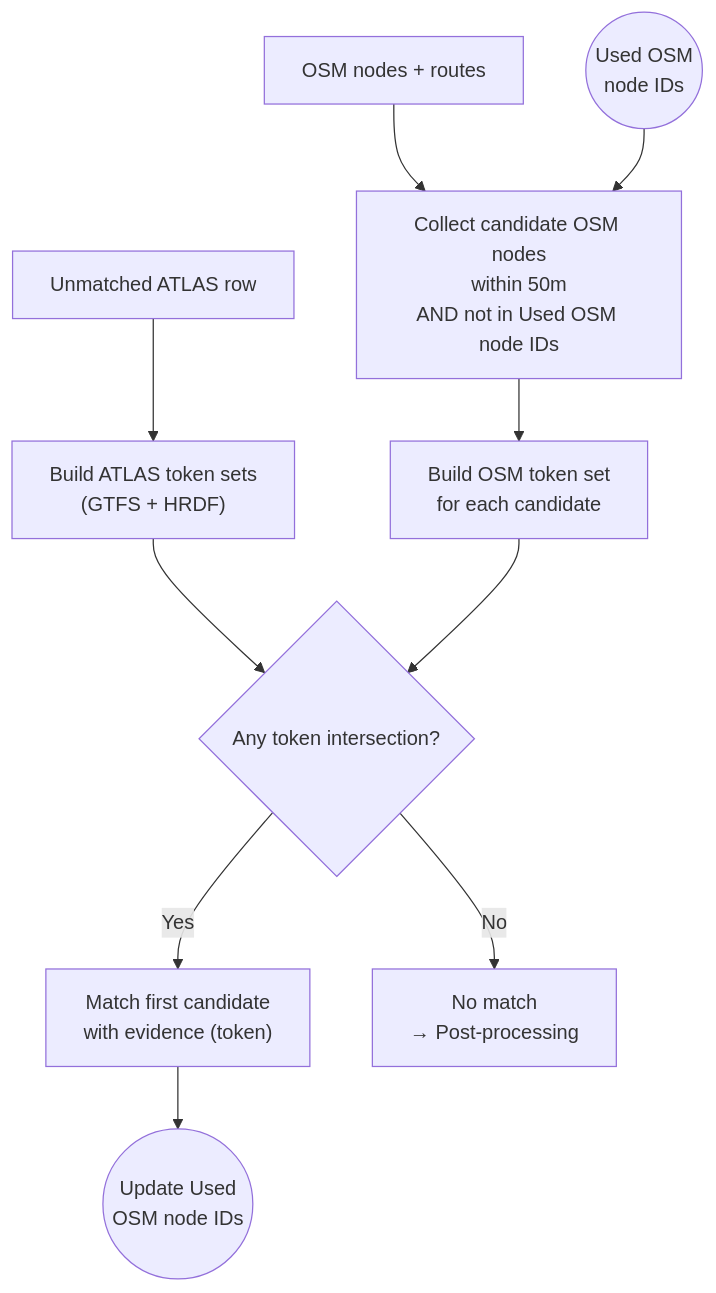
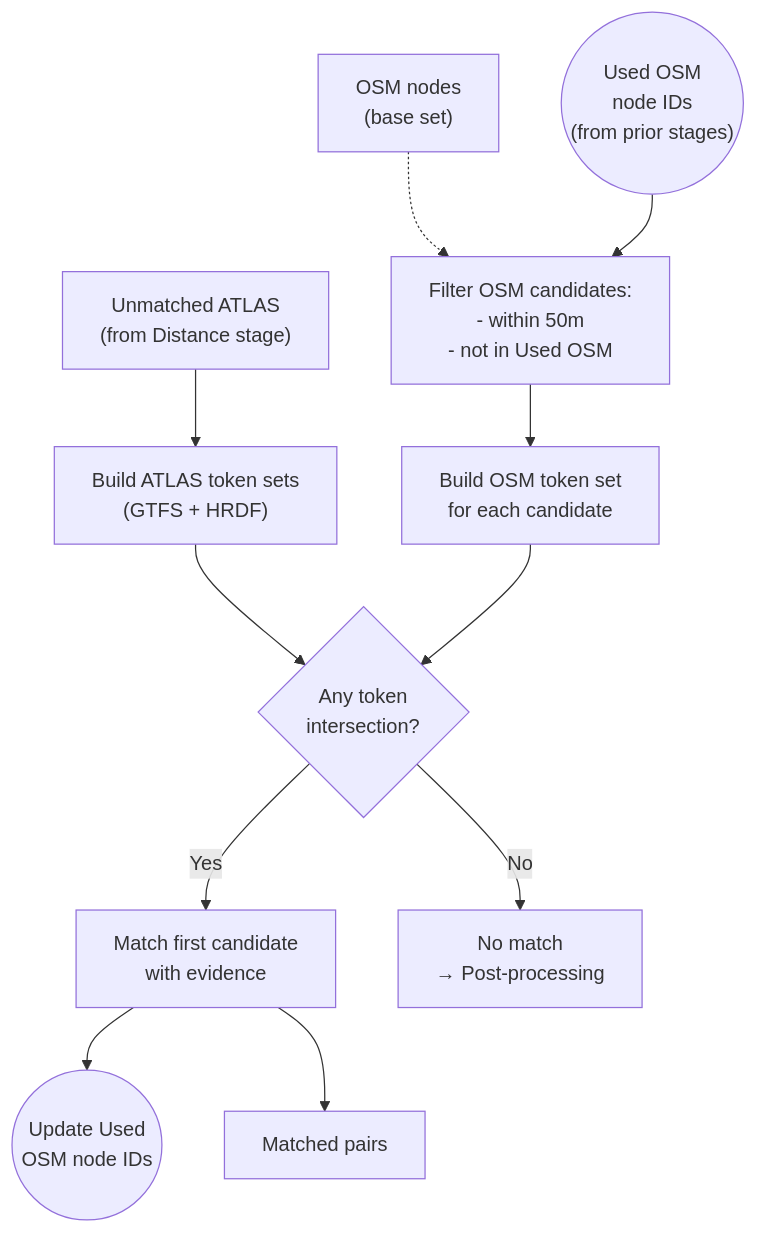
The diagram in documentation/2.4 Route Matching.md (openTdataCH/stop_sync_osm_atlas), drawn with Mermaid before and after one commit. The commit also changed 11 other files, not shown here.

````diff
--- a/documentation/2.4 Route Matching.md
+++ b/documentation/2.4 Route Matching.md
@@ -5,12 +5,21 @@
 ```mermaid
 flowchart TB
-    A["Unmatched ATLAS row"] --> T["Build ATLAS token sets<br/>(GTFS + HRDF)"]
-    O["OSM nodes + routes"] --> C["Collect candidate OSM nodes<br/>within 50m<br/>AND not in Used OSM node IDs"]
-    U(("Used OSM<br/>node IDs")) --> C
+    %% ===== INPUTS =====
+    IN["Unmatched ATLAS<br/>(from Distance stage)"]
+    OSM["OSM nodes<br/>(base set)"]
+    U(("Used OSM<br/>node IDs<br/>(from prior stages)"))
+
+    IN --> T["Build ATLAS token sets<br/>(GTFS + HRDF)"]
+    OSM -.-> C
+    U --> C["Filter OSM candidates:<br/>- within 50m<br/>- not in Used OSM"]
+
     C --> OT["Build OSM token set<br/>for each candidate"]
-    T --> I{"Any token intersection?"}
+    T --> I{"Any token<br/>intersection?"}
     OT --> I
-    I -->|Yes| M["Match first candidate<br/>with evidence (token)"]
+
+    I -->|Yes| M["Match first candidate<br/>with evidence"]
     I -->|No| N["No match<br/>→ Post-processing"]
+
     M --> U2(("Update Used<br/>OSM node IDs"))
+    M --> OUT["Matched pairs"]
 ```
````
